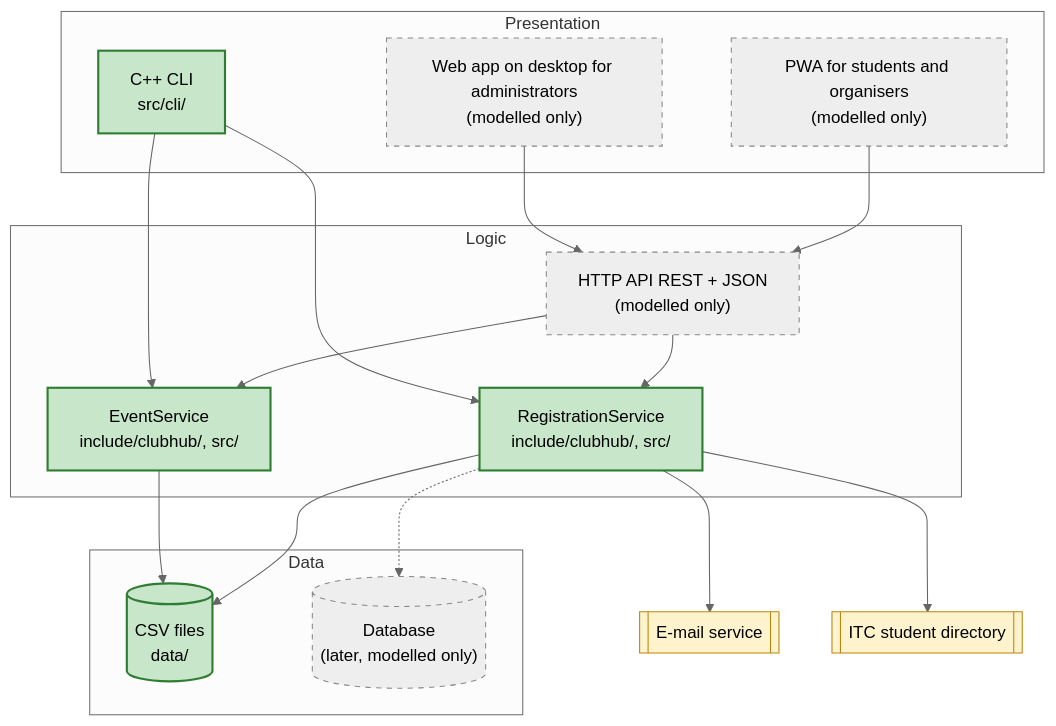
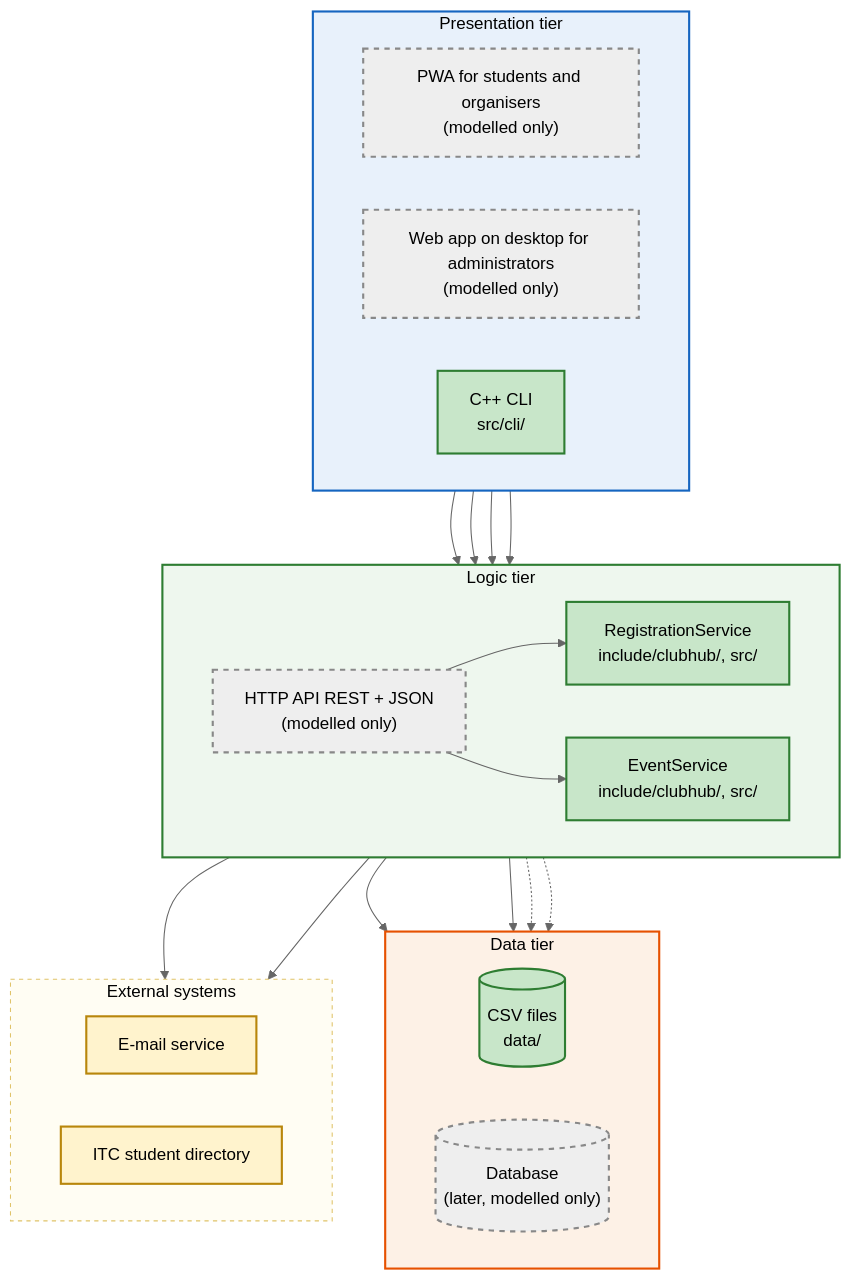
The diagram in lab02/architecture.mmd (starburstttt/Clubhub-KoPrei), drawn with Mermaid (neutral theme) before and after one commit. The commit also changed 4 other files, not shown here.

Commit message:
updated flowcharts, diagrams, comms overhead, & README.md. (final version of lab02)

```diff
--- a/lab02/architecture.mmd
+++ b/lab02/architecture.mmd
@@ -1,36 +1,55 @@
+%%{init: {"flowchart": {"curve": "basis", "nodeSpacing": 50, "rankSpacing": 70}}}%%
+%% 3-tier architecture of Club Hub.
+%% Green = implemented, grey dashed = modelled only, yellow = external system.
+%% Current build: the C++ CLI is the only front end; actors use the PWA/web app in the target design.
 flowchart TB
-  subgraph P[Presentation]
+  subgraph P["Presentation tier"]
+    direction LR
     PWA["PWA for students and organisers<br/>(modelled only)"]
     WEB["Web app on desktop for administrators<br/>(modelled only)"]
     CLI["C++ CLI<br/>src/cli/"]
   end
-  subgraph L[Logic]
+
+  subgraph L["Logic tier"]
+    direction LR
     API["HTTP API REST + JSON<br/>(modelled only)"]
     RS["RegistrationService<br/>include/clubhub/, src/"]
     ES["EventService<br/>include/clubhub/, src/"]
   end
-  subgraph D[Data]
+
+  subgraph D["Data tier"]
+    direction LR
     CSV[("CSV files<br/>data/")]
     DB[("Database<br/>(later, modelled only)")]
   end
-  MAIL[[E-mail service]]
-  DIR[[ITC student directory]]
+
+  subgraph X["External systems"]
+    direction LR
+    MAIL[E-mail service]
+    DIR[ITC student directory]
+  end
 
   PWA --> API
   WEB --> API
   API --> RS
   API --> ES
   CLI --> RS
   CLI --> ES
   RS --> CSV
   ES --> CSV
   RS -.-> DB
+  ES -.-> DB
   RS --> MAIL
   RS --> DIR
 
   classDef impl fill:#c8e6c9,stroke:#2e7d32,stroke-width:2px,color:#000
-  classDef modelled fill:#eeeeee,stroke:#888,stroke-dasharray:5 5,color:#000
-  classDef ext fill:#fff3cd,stroke:#b8860b,color:#000
+  classDef modelled fill:#eeeeee,stroke:#888,stroke-width:2px,stroke-dasharray:5 5,color:#000
+  classDef ext fill:#fff3cd,stroke:#b8860b,stroke-width:2px,color:#000
   class CLI,RS,ES,CSV impl
   class PWA,WEB,API,DB modelled
   class MAIL,DIR ext
+
+  style P fill:#e8f1fb,stroke:#1565c0,stroke-width:2px,color:#000
+  style L fill:#eef7ee,stroke:#2e7d32,stroke-width:2px,color:#000
+  style D fill:#fdf1e6,stroke:#e65100,stroke-width:2px,color:#000
+  style X fill:#fffdf3,stroke:#e0c36a,stroke-dasharray:4 4,color:#000
```
